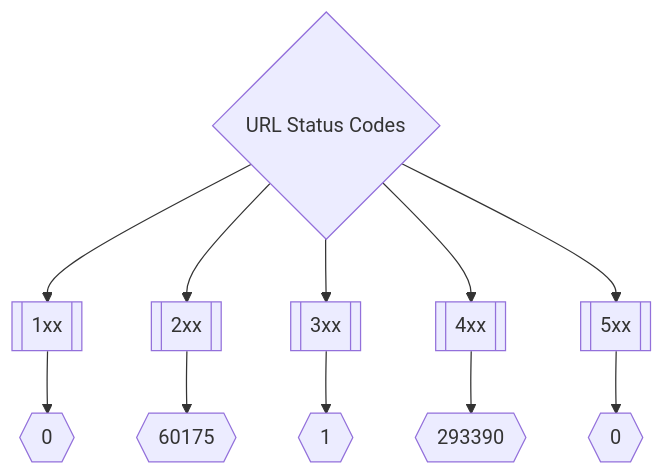
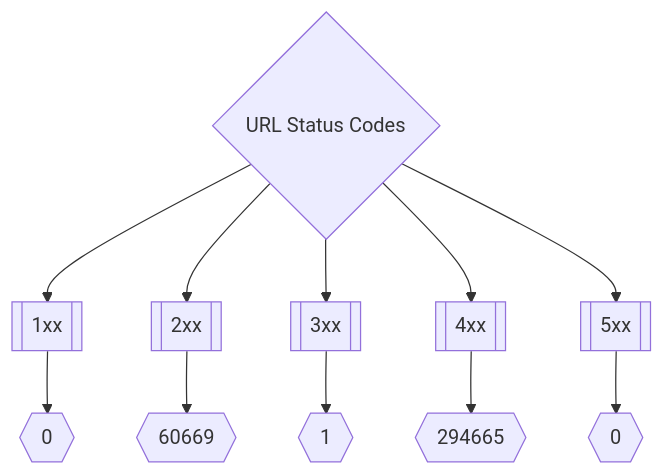
Before and after one commit to trickest/inventory: the second of 3 diagrams in README.md, drawn with Mermaid. The commit also changed other lines of this file and 176 other files, not shown here.

````diff
--- a/README.md
+++ b/README.md
@@ -173,8 +173,8 @@
 ```mermaid
 graph TD
 title{URL Status Codes} --> 1xx[[1xx]] --> status1xxNum{{0}}
-title --> 2xx[[2xx]] --> status2xxNum{{60175}}
+title --> 2xx[[2xx]] --> status2xxNum{{60669}}
 title --> 3xx[[3xx]] --> status3xxNum{{1}}
-title --> 4xx[[4xx]] --> status4xxNum{{293390}}
+title --> 4xx[[4xx]] --> status4xxNum{{294665}}
 title --> 5xx[[5xx]] --> status5xxNum{{0}}
 ```
````
